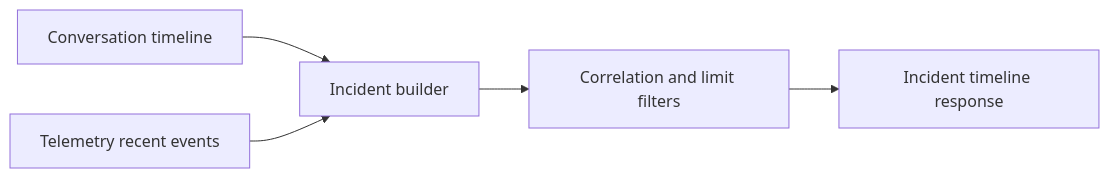
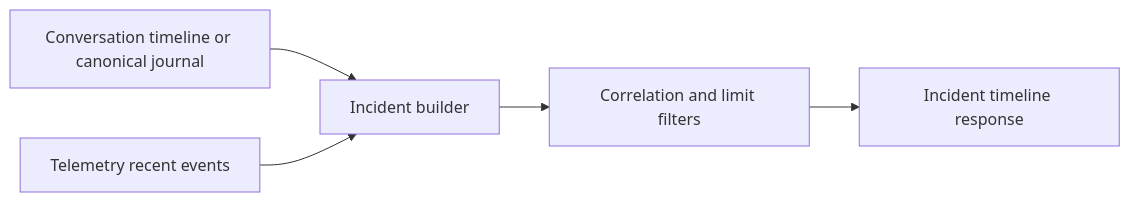
Before and after one commit to pcharbon70/jido_code_server: the diagram in docs/developer/10-observability-and-operations.md, drawn with Mermaid. The commit also changed other lines of this file and 6 other files, not shown here.

Commit message:
Refresh docs for current architecture and API

````diff
--- a/docs/developer/10-observability-and-operations.md
+++ b/docs/developer/10-observability-and-operations.md
@@ -42,7 +45,7 @@
 ```mermaid
 flowchart LR
-    Timeline[Conversation timeline] --> Merge[Incident builder]
+    Timeline[Conversation timeline or canonical journal] --> Merge[Incident builder]
     Recent[Telemetry recent events] --> Merge
     Merge --> Filter[Correlation and limit filters]
     Filter --> Output[Incident timeline response]
 ```
````
